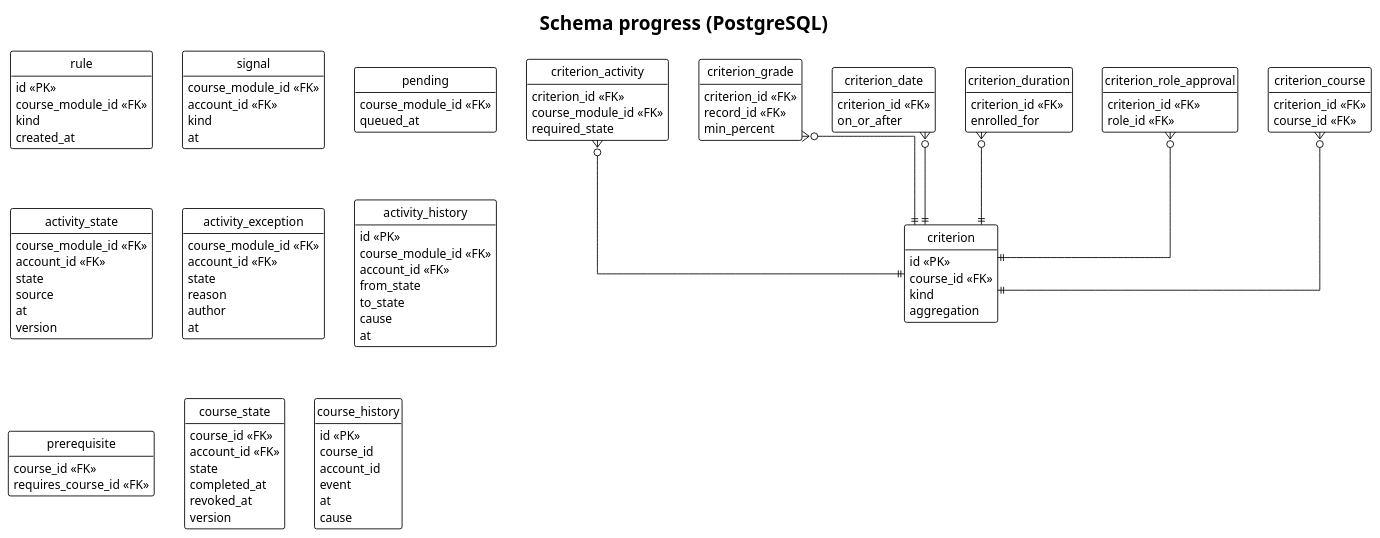
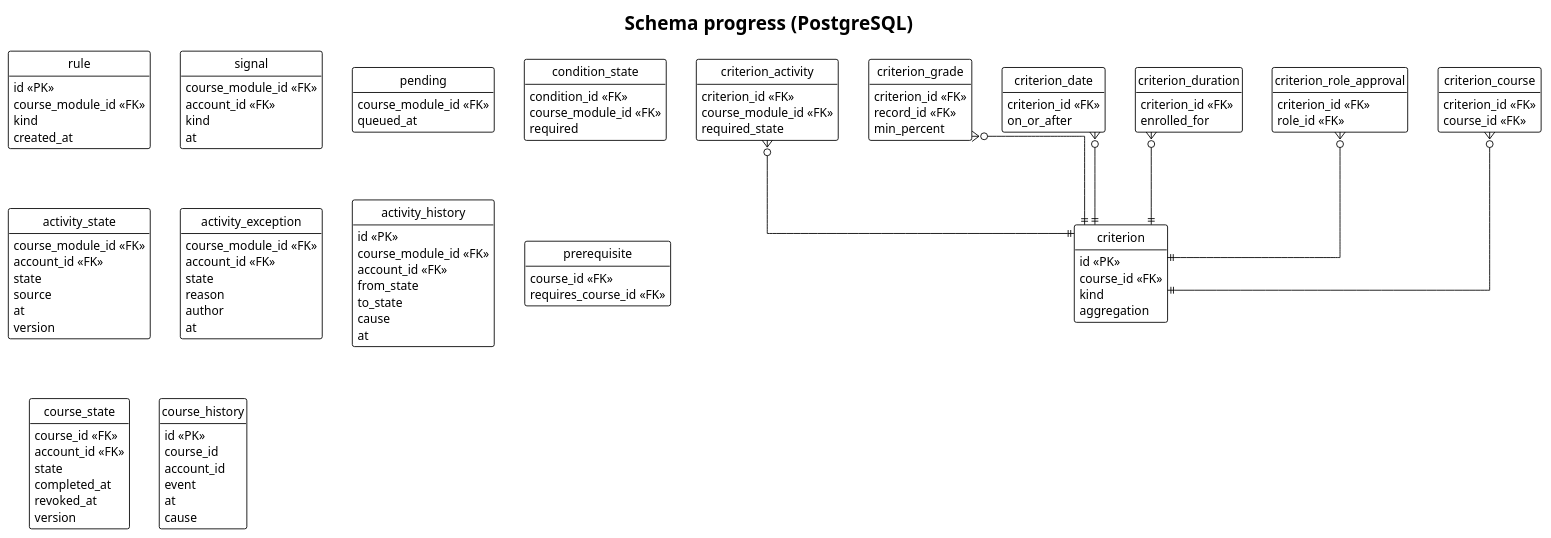
One commit to didactika/kampus changed the diagram in docs/03-design/data-model/progress.puml. Above: the diagram before and after it, drawn with PlantUML. The commit also changed 54 other files, not shown here.

```diff
--- a/docs/03-design/data-model/progress.puml
+++ b/docs/03-design/data-model/progress.puml
@@ -1,108 +1,113 @@
 @startuml
 !theme plain
 hide empty members
 hide circle
 skinparam linetype ortho
 title Schema progress (PostgreSQL)
 
 entity rule {
   id <<PK>>
   course_module_id <<FK>>
   kind
   created_at
 }
 entity signal {
   course_module_id <<FK>>
   account_id <<FK>>
   kind
   at
 }
 entity pending {
   course_module_id <<FK>>
   queued_at
+}
+entity condition_state {
+  condition_id <<FK>>
+  course_module_id <<FK>>
+  required
 }
 entity activity_state {
   course_module_id <<FK>>
   account_id <<FK>>
   state
   source
   at
   version
 }
 entity activity_exception {
   course_module_id <<FK>>
   account_id <<FK>>
   state
   reason
   author
   at
 }
 entity activity_history {
   id <<PK>>
   course_module_id <<FK>>
   account_id <<FK>>
   from_state
   to_state
   cause
   at
 }
 entity criterion {
   id <<PK>>
   course_id <<FK>>
   kind
   aggregation
 }
 entity criterion_activity {
   criterion_id <<FK>>
   course_module_id <<FK>>
   required_state
 }
 entity criterion_grade {
   criterion_id <<FK>>
   record_id <<FK>>
   min_percent
 }
 entity criterion_date {
   criterion_id <<FK>>
   on_or_after
 }
 entity criterion_duration {
   criterion_id <<FK>>
   enrolled_for
 }
 entity criterion_role_approval {
   criterion_id <<FK>>
   role_id <<FK>>
 }
 entity criterion_course {
   criterion_id <<FK>>
   course_id <<FK>>
 }
 entity prerequisite {
   course_id <<FK>>
   requires_course_id <<FK>>
 }
 entity course_state {
   course_id <<FK>>
   account_id <<FK>>
   state
   completed_at
   revoked_at
   version
 }
 entity course_history {
   id <<PK>>
   course_id
   account_id
   event
   at
   cause
 }
 
 criterion_activity }o--|| criterion
 criterion_grade }o--|| criterion
 criterion_date }o--|| criterion
 criterion_duration }o--|| criterion
 criterion_role_approval }o--|| criterion
 criterion_course }o--|| criterion
 @enduml
```
